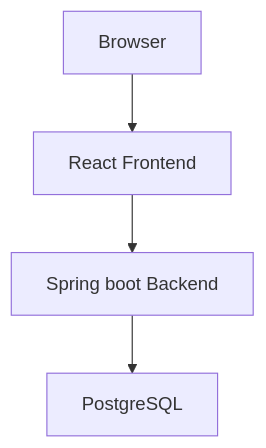
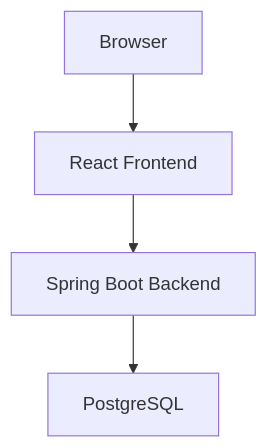
One commit to fedesa92/learning-gitOps changed the first of 5 diagrams in ARCHITECTURE.md. Above: the diagram before and after it, drawn with Mermaid. The commit also changed other lines of this file and 1 other file, not shown here.

````diff
--- a/ARCHITECTURE.md
+++ b/ARCHITECTURE.md
@@ -109,6 +108,6 @@
 ```mermaid
 graph TD
     A[Browser] --> B[React Frontend]
-    B --> C[Spring boot Backend]
+    B --> C[Spring Boot Backend]
     C --> D[PostgreSQL]
 ```
````
